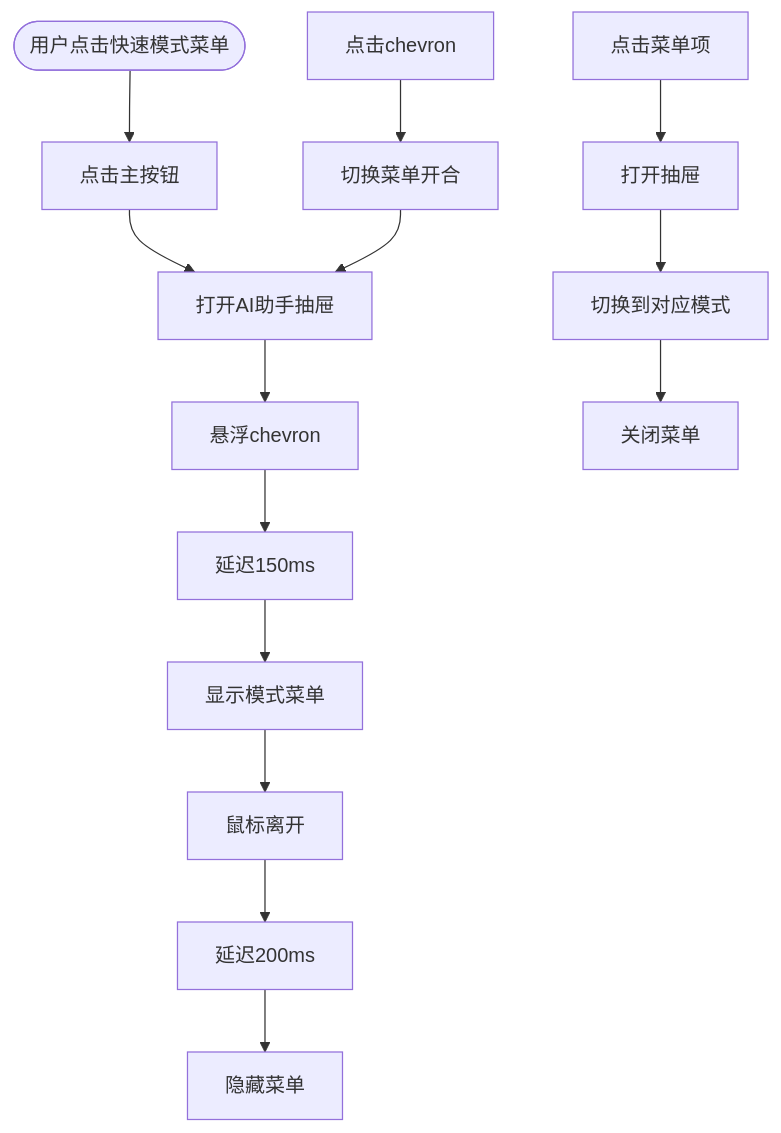
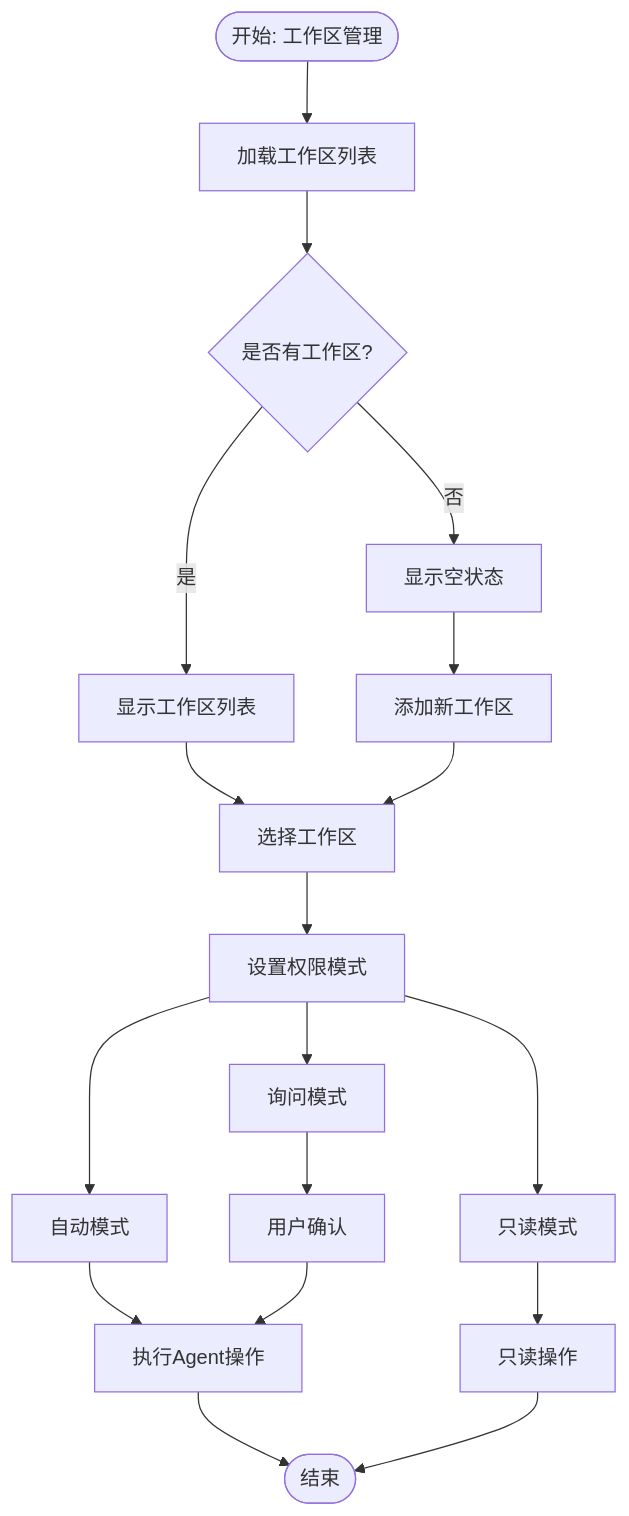
Before and after one commit to xixixiaoyu/Todo: the fourth of 20 diagrams in .qoder/repowiki/zh/content/核心模块/AI助手系统/AI助手系统.md, drawn with Mermaid. The commit also changed other lines of this file and 6 other files, not shown here.

````diff
--- a/.qoder/repowiki/zh/content/核心模块/AI助手系统/AI助手系统.md
+++ b/.qoder/repowiki/zh/content/核心模块/AI助手系统/AI助手系统.md
@@ -427,16 +425,20 @@
 ```mermaid
 flowchart TD
-Start(["用户点击快速模式菜单"]) --> ClickMain["点击主按钮"]
-ClickMain --> OpenDrawer["打开AI助手抽屉"]
-OpenDrawer --> HoverChevron["悬浮chevron"]
-HoverChevron --> Delay150ms["延迟150ms"]
-Delay150ms --> ShowMenu["显示模式菜单"]
-ShowMenu --> HoverLeave["鼠标离开"]
-HoverLeave --> Delay200ms["延迟200ms"]
-Delay200ms --> HideMenu["隐藏菜单"]
-ClickChevron["点击chevron"] --> ToggleMenu["切换菜单开合"]
-ToggleMenu --> OpenDrawer
-MenuClick["点击菜单项"] --> OpenDrawer2["打开抽屉"]
-OpenDrawer2 --> SwitchMode["切换到对应模式"]
-SwitchMode --> CloseMenu["关闭菜单"]
+Start(["开始: 工作区管理"]) --> LoadWS["加载工作区列表"]
+LoadWS --> HasWS{"是否有工作区?"}
+HasWS --> |否| Empty["显示空状态"]
+HasWS --> |是| ShowList["显示工作区列表"]
+ShowList --> SelectWS["选择工作区"]
+SelectWS --> SetPerm["设置权限模式"]
+SetPerm --> AutoMode["自动模式"]
+SetPerm --> AskMode["询问模式"]
+SetPerm --> ReadOnly["只读模式"]
+AutoMode --> Execute["执行Agent操作"]
+AskMode --> Confirm["用户确认"]
+ReadOnly --> ReadOps["只读操作"]
+Confirm --> Execute
+Execute --> End(["结束"])
+ReadOps --> End
+Empty --> AddWS["添加新工作区"]
+AddWS --> SelectWS
 ```
````
